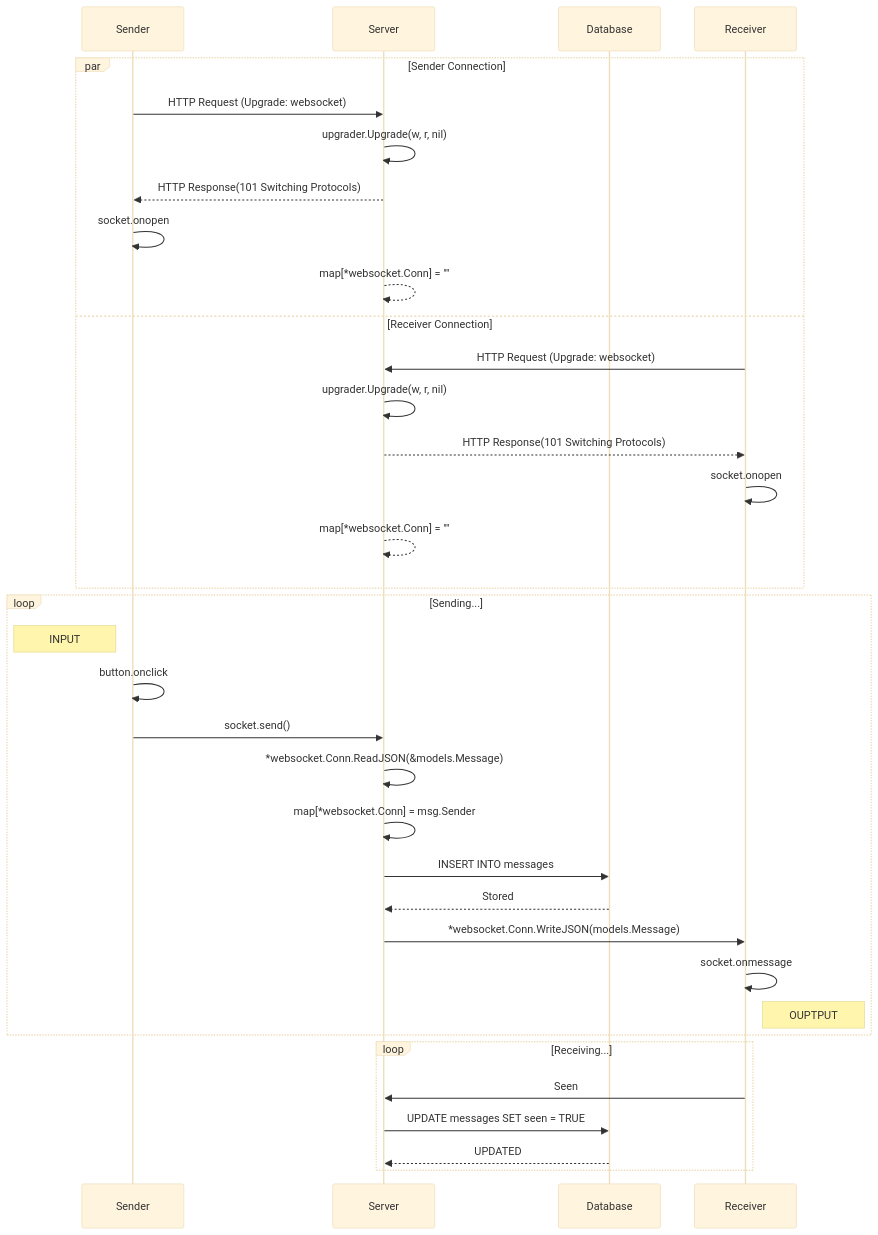
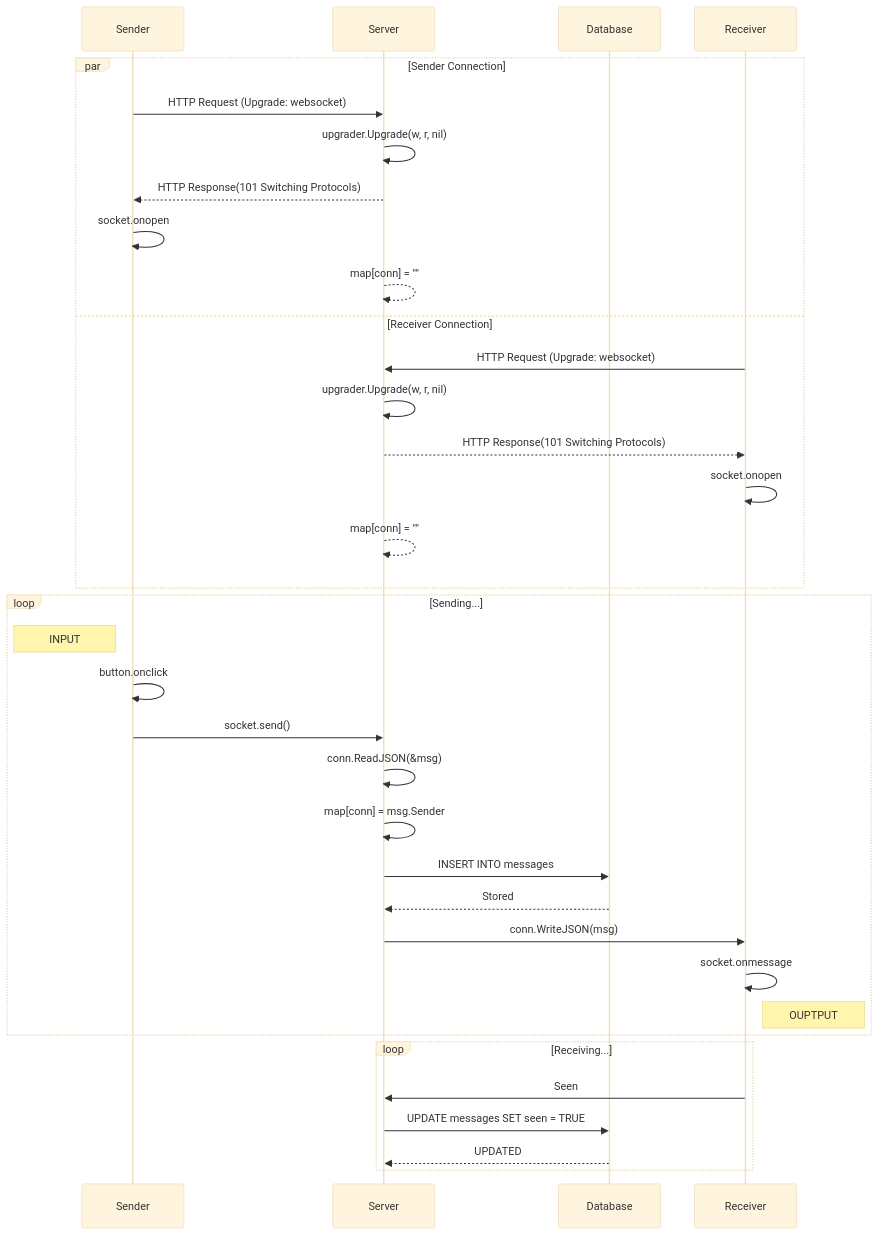
Before and after one commit to mamadbah2/social-network: the eighth of 10 diagrams in README.md, drawn with Mermaid (base theme).

````diff
--- a/README.md
+++ b/README.md
@@ -397,40 +397,40 @@
 ```mermaid
 sequenceDiagram
     Participant Sender
     Participant Server
     Participant Database
     Participant Receiver
 
     par Sender Connection
         Sender ->> Server: HTTP Request (Upgrade: websocket)
         Server ->> Server: upgrader.Upgrade(w, r, nil)
         Server -->> Sender: HTTP Response(101 Switching Protocols)
         Sender ->> Sender: socket.onopen
-        Server -->> Server: map[*websocket.Conn] = ""
+        Server -->> Server: map[conn] = ""
     and Receiver Connection
         Receiver ->> Server: HTTP Request (Upgrade: websocket)
         Server ->> Server: upgrader.Upgrade(w, r, nil)
         Server -->> Receiver: HTTP Response(101 Switching Protocols)
         Receiver ->> Receiver: socket.onopen
-        Server -->> Server: map[*websocket.Conn] = ""
+        Server -->> Server: map[conn] = ""
     end
 
     loop Sending...
         Note left of Sender: INPUT
         Sender ->> Sender: button.onclick
         Sender ->> Server: socket.send()
-       Server ->> Server: *websocket.Conn.ReadJSON(&models.Message)
-        Server ->> Server: map[*websocket.Conn] = msg.Sender
+       Server ->> Server: conn.ReadJSON(&msg)
+        Server ->> Server: map[conn] = msg.Sender
         Server ->> Database: INSERT INTO messages
         Database -->> Server: Stored
-        Server ->> Receiver: *websocket.Conn.WriteJSON(models.Message)
+        Server ->> Receiver: conn.WriteJSON(msg)
        Receiver ->> Receiver: socket.onmessage
         Note right of Receiver: OUPTPUT
     end
 
     loop Receiving...
         Receiver ->> Server: Seen
         Server ->> Database: UPDATE messages SET seen = TRUE
         Database -->> Server: UPDATED
     end
 ```
````
